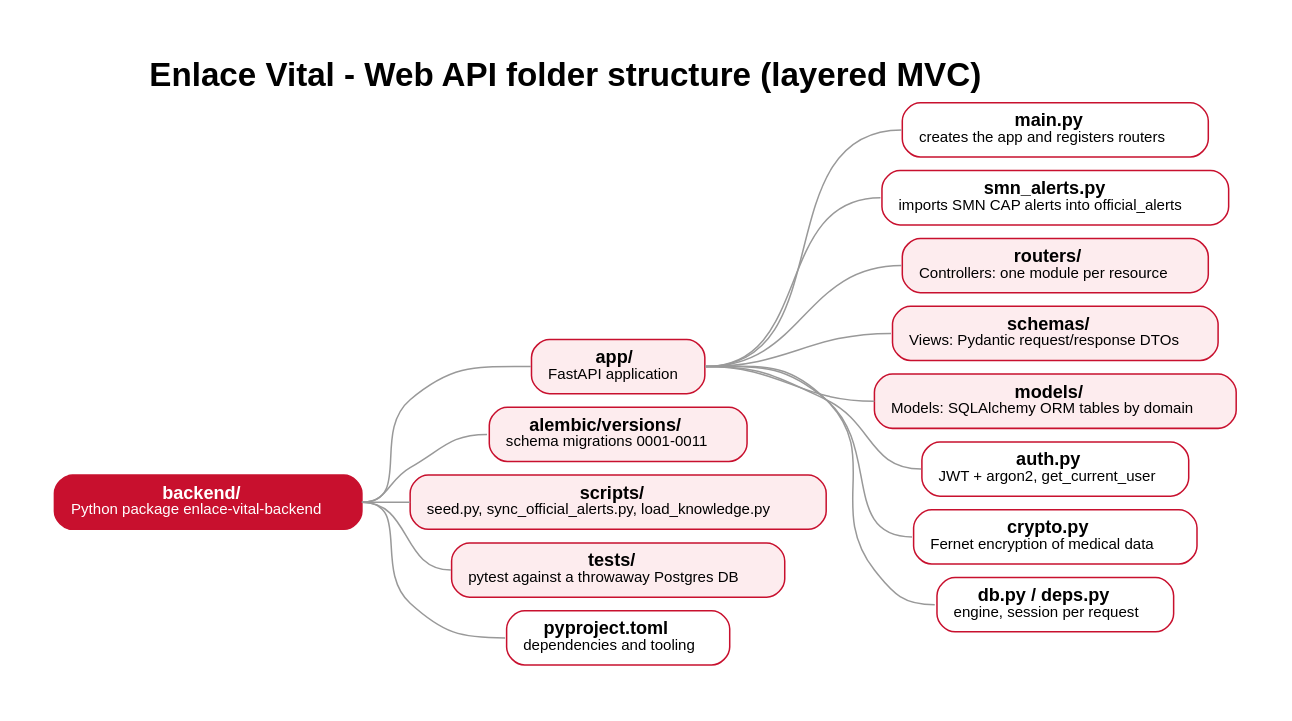
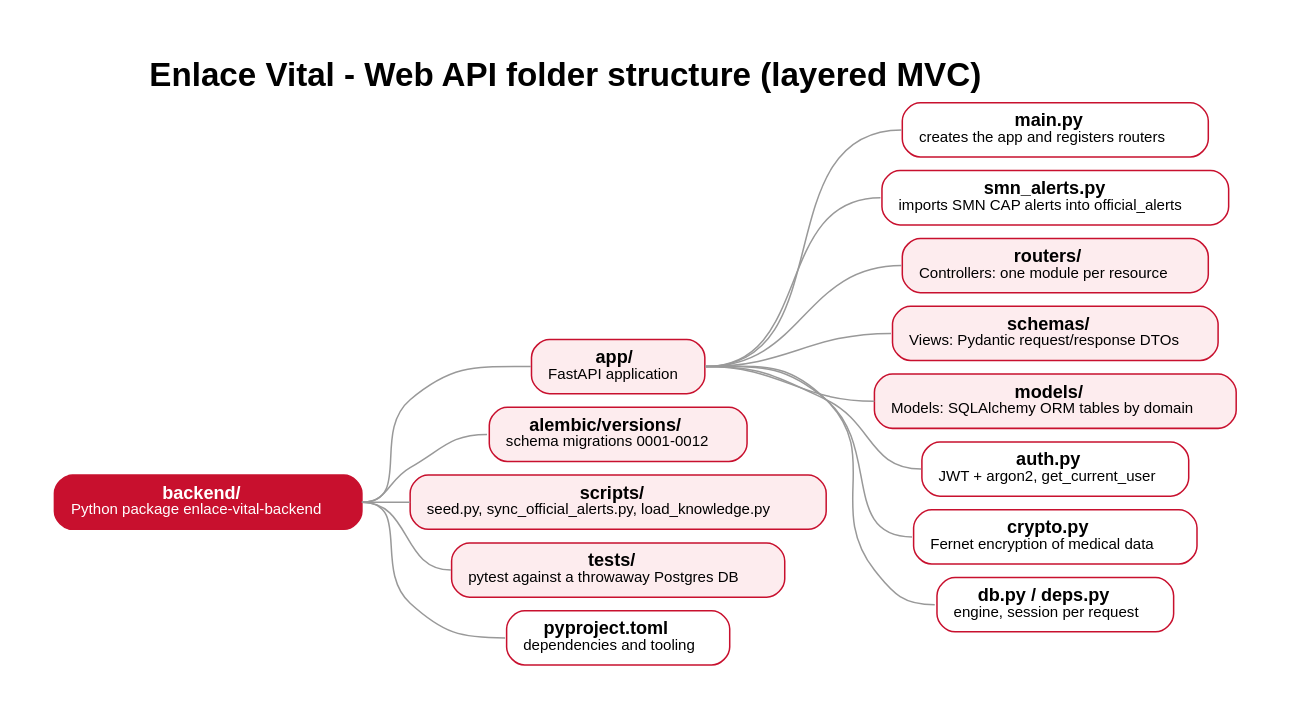
Before and after one commit to Fernando94654/Cruz-Roja-App: the diagram in docs/architecture/src/06-folders-backend.dot, drawn with Graphviz. The commit also changed 8 other files, not shown here.

Commit message:
Add kb_chunks topic column to architecture docs (#103)

```diff
--- a/docs/architecture/src/06-folders-backend.dot
+++ b/docs/architecture/src/06-folders-backend.dot
@@ -1,33 +1,33 @@
 // Generated by gen_folders.py
 digraph folders {
   graph [rankdir=LR, fontname="Helvetica", nodesep=0.12, ranksep=0.45, pad=0.4, label=<<b>Enlace Vital - Web API folder structure (layered MVC)</b>>, labelloc=t, fontsize=22];
   node [shape=box, style="rounded,filled", fontname="Helvetica", fontsize=12, margin="0.15,0.06"];
   edge [color="#999999", arrowhead=none, tailport=e, headport=w];
   n1 [label=<<b>backend/</b><br/><font point-size="10">Python package enlace-vital-backend</font>>, fillcolor="#C8102E", fontcolor="white", color="#C8102E"];
   n2 [label=<<b>app/</b><br/><font point-size="10">FastAPI application</font>>, fillcolor="#FDECEE", fontcolor="black", color="#C8102E"];
   n1 -> n2;
   n3 [label=<<b>main.py</b><br/><font point-size="10">creates the app and registers routers</font>>, fillcolor="#FFFFFF", fontcolor="black", color="#C8102E"];
   n2 -> n3;
   n4 [label=<<b>smn_alerts.py</b><br/><font point-size="10">imports SMN CAP alerts into official_alerts</font>>, fillcolor="#FFFFFF", fontcolor="black", color="#C8102E"];
   n2 -> n4;
   n5 [label=<<b>routers/</b><br/><font point-size="10">Controllers: one module per resource</font>>, fillcolor="#FDECEE", fontcolor="black", color="#C8102E"];
   n2 -> n5;
   n6 [label=<<b>schemas/</b><br/><font point-size="10">Views: Pydantic request/response DTOs</font>>, fillcolor="#FDECEE", fontcolor="black", color="#C8102E"];
   n2 -> n6;
   n7 [label=<<b>models/</b><br/><font point-size="10">Models: SQLAlchemy ORM tables by domain</font>>, fillcolor="#FDECEE", fontcolor="black", color="#C8102E"];
   n2 -> n7;
   n8 [label=<<b>auth.py</b><br/><font point-size="10">JWT + argon2, get_current_user</font>>, fillcolor="#FFFFFF", fontcolor="black", color="#C8102E"];
   n2 -> n8;
   n9 [label=<<b>crypto.py</b><br/><font point-size="10">Fernet encryption of medical data</font>>, fillcolor="#FFFFFF", fontcolor="black", color="#C8102E"];
   n2 -> n9;
   n10 [label=<<b>db.py / deps.py</b><br/><font point-size="10">engine, session per request</font>>, fillcolor="#FFFFFF", fontcolor="black", color="#C8102E"];
   n2 -> n10;
-  n11 [label=<<b>alembic/versions/</b><br/><font point-size="10">schema migrations 0001-0011</font>>, fillcolor="#FDECEE", fontcolor="black", color="#C8102E"];
+  n11 [label=<<b>alembic/versions/</b><br/><font point-size="10">schema migrations 0001-0012</font>>, fillcolor="#FDECEE", fontcolor="black", color="#C8102E"];
   n1 -> n11;
   n12 [label=<<b>scripts/</b><br/><font point-size="10">seed.py, sync_official_alerts.py, load_knowledge.py</font>>, fillcolor="#FDECEE", fontcolor="black", color="#C8102E"];
   n1 -> n12;
   n13 [label=<<b>tests/</b><br/><font point-size="10">pytest against a throwaway Postgres DB</font>>, fillcolor="#FDECEE", fontcolor="black", color="#C8102E"];
   n1 -> n13;
   n14 [label=<<b>pyproject.toml</b><br/><font point-size="10">dependencies and tooling</font>>, fillcolor="#FFFFFF", fontcolor="black", color="#C8102E"];
   n1 -> n14;
 }
```
